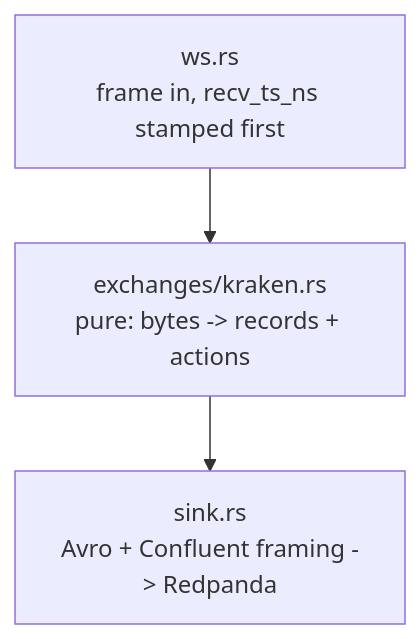
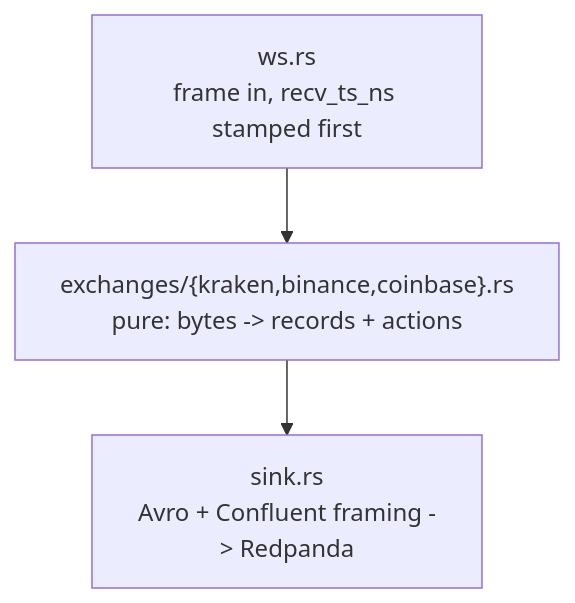
The diagram in services/capture-rust/README.md (rjdscott/k2-market-data-platform), drawn with Mermaid before and after one commit. The commit also changed other lines of this file and 12 other files, not shown here.

First line of the commit message:
feat(capture): Binance and Coinbase adapters wired; Action::Reconnect for connection-wide sequence breaks

````diff
--- a/services/capture-rust/README.md
+++ b/services/capture-rust/README.md
@@ -13,7 +13,7 @@
 ```mermaid
 flowchart TB
     WS["ws.rs<br/>frame in, recv_ts_ns stamped first"]
-    AD["exchanges/kraken.rs<br/>pure: bytes -> records + actions"]
+    AD["exchanges/{kraken,binance,coinbase}.rs<br/>pure: bytes -> records + actions"]
     SK["sink.rs<br/>Avro + Confluent framing -> Redpanda"]
     WS --> AD --> SK
 ```
````
